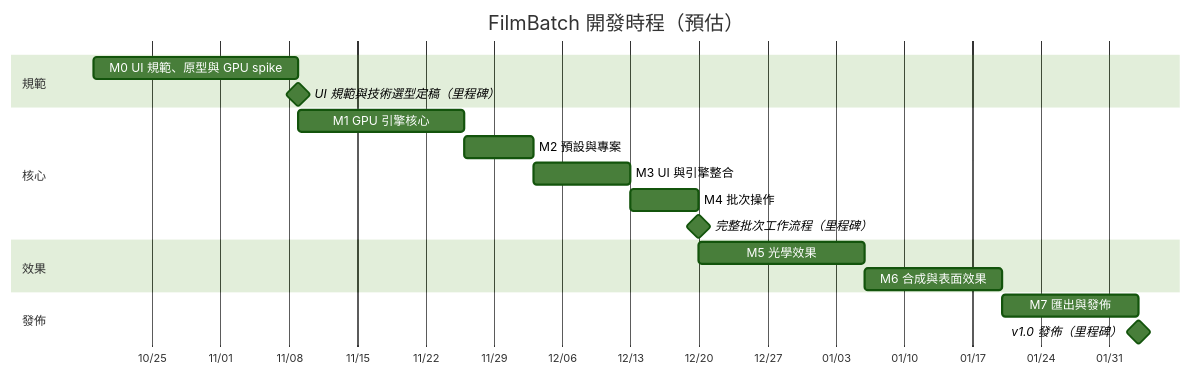
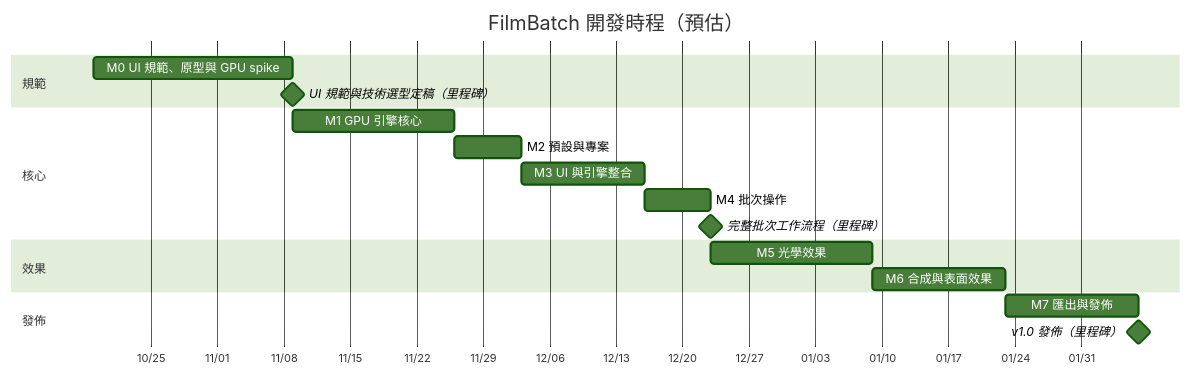
Diagram 22 of 23 in plan.md (minexo79/FilmBatch), drawn with Mermaid (forest theme) before and after one commit. The commit also changed other lines of this file and 34 other files, not shown here.

````diff
--- a/plan.md
+++ b/plan.md
@@ -1621,25 +1800,25 @@
 ```mermaid
 gantt
     title FilmBatch 開發時程（預估）
     dateFormat YYYY-MM-DD
     axisFormat %m/%d
 
     section 規範
     M0 UI 規範、原型與 GPU spike :m0, 2026-10-19, 21d
     UI 規範與技術選型定稿（里程碑） :milestone, after m0, 0d
 
     section 核心
     M1 GPU 引擎核心             :m1, after m0, 17d
     M2 預設與專案               :m2, after m1, 7d
-    M3 UI 與引擎整合            :m3, after m2, 10d
+    M3 UI 與引擎整合            :m3, after m2, 13d
     M4 批次操作                 :m4, after m3, 7d
     完整批次工作流程（里程碑）    :milestone, after m4, 0d
 
     section 效果
     M5 光學效果                 :m5, after m4, 17d
     M6 合成與表面效果           :m6, after m5, 14d
 
     section 發佈
     M7 匯出與發佈               :m7, after m6, 14d
     v1.0 發佈（里程碑）          :milestone, after m7, 0d
 ```
````
